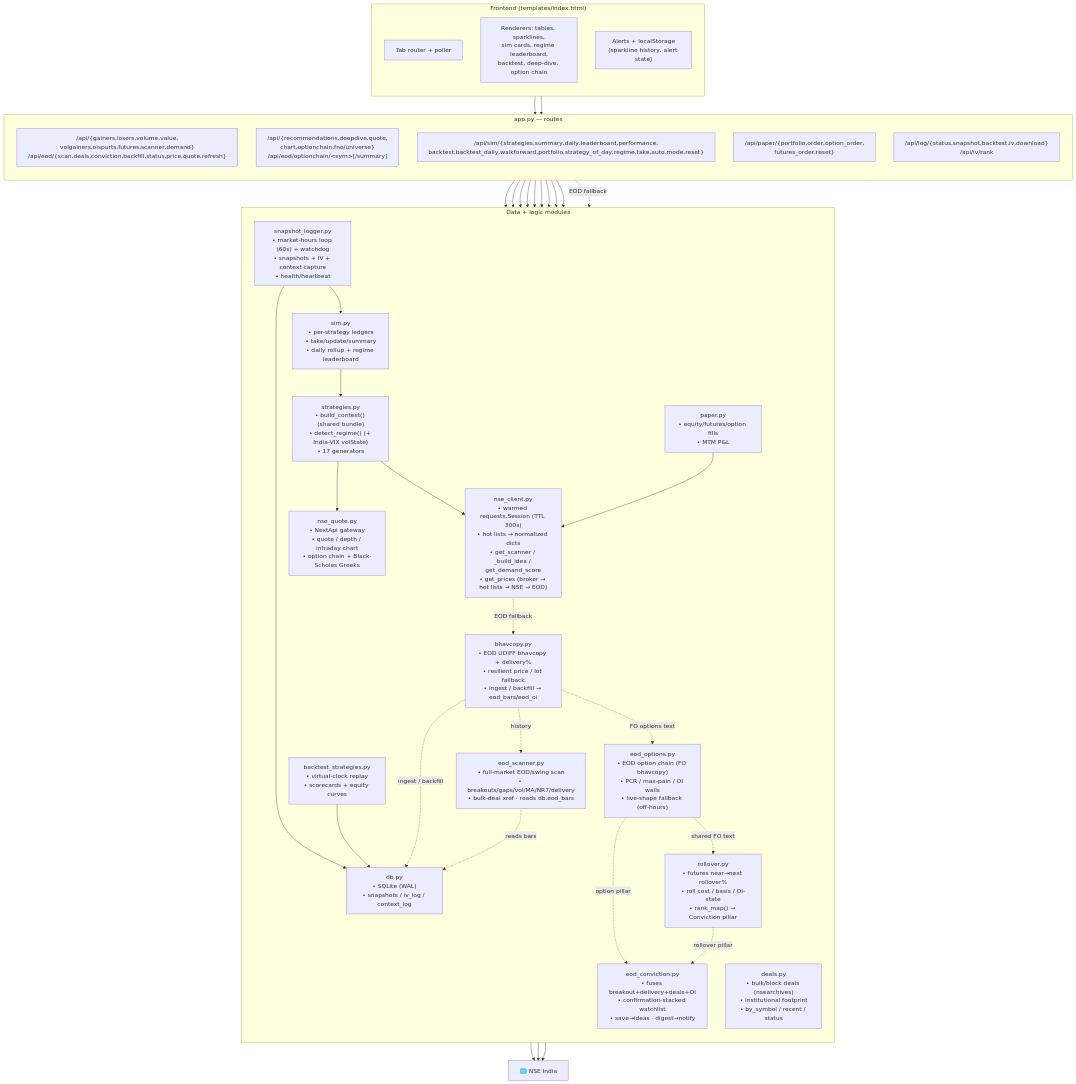
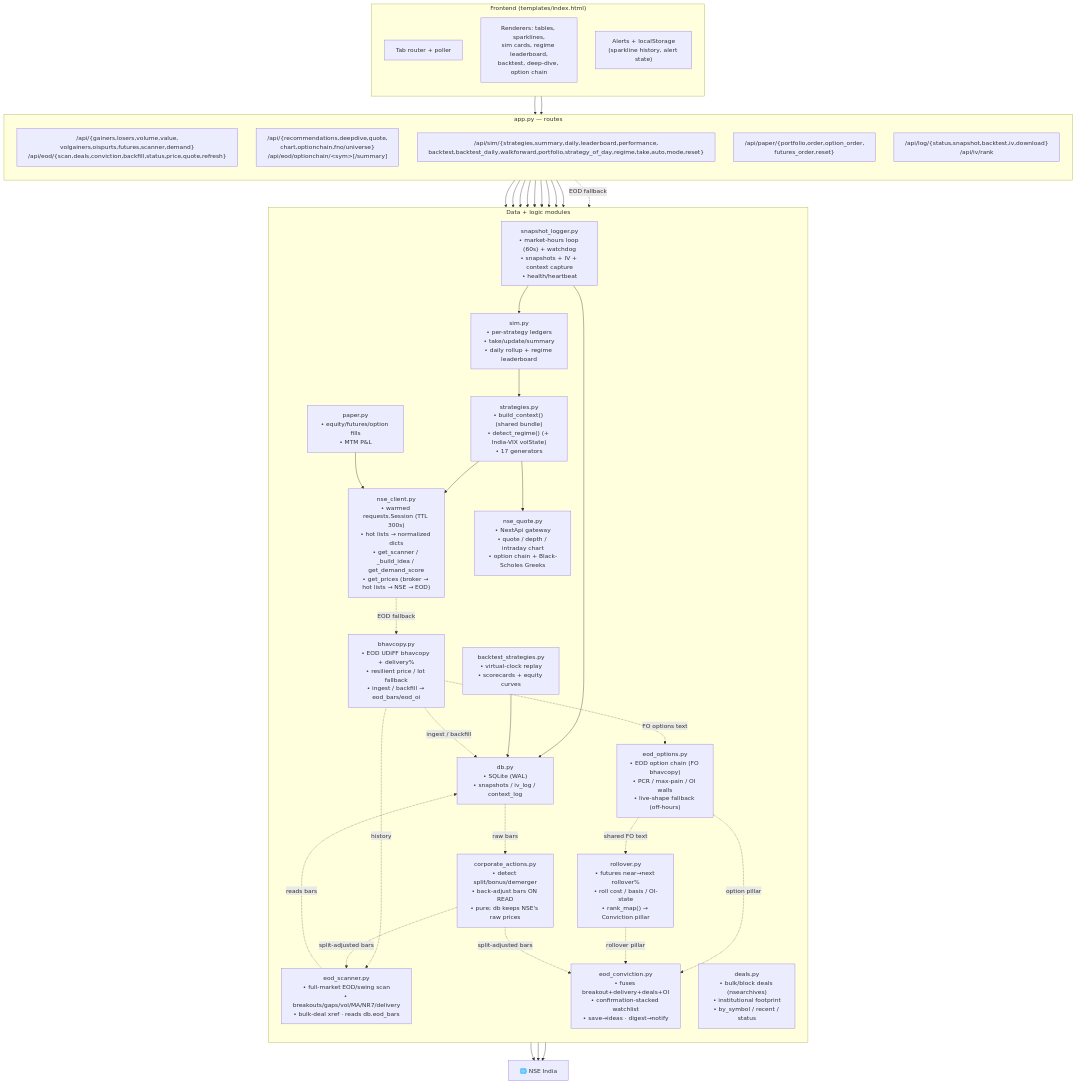
The third of 8 diagrams in README.md (aakash-jain-1/nse-market-pulse), drawn with Mermaid before and after one commit. The commit also changed other lines of this file and 8 other files, not shown here.

````diff
--- a/README.md
+++ b/README.md
@@ -261,64 +261,67 @@
 ```mermaid
 flowchart TB
     subgraph FE["Frontend (templates/index.html)"]
         direction TB
         TABS["Tab router + poller"]
         REND["Renderers: tables, sparklines,<br/>sim cards, regime leaderboard,<br/>backtest, deep-dive, option chain"]
         ALERT["Alerts + localStorage<br/>(sparkline history, alert state)"]
     end
 
     subgraph API["app.py — routes"]
         direction TB
         R1["/api/{gainers,losers,volume,value,<br/>volgainers,oispurts,futures,scanner,demand}<br/>/api/eod/{scan,deals,conviction,backfill,status,price,quote,refresh}"]
         R2["/api/{recommendations,deepdive,quote,<br/>chart,optionchain,fno/universe}<br/>/api/eod/optionchain/&lt;sym&gt;[/summary]"]
         R3["/api/sim/{strategies,summary,daily,leaderboard,performance,<br/>backtest,backtest_daily,walkforward,portfolio,strategy_of_day,regime,take,auto,mode,reset}"]
         R4["/api/paper/{portfolio,order,option_order,<br/>futures_order,reset}"]
         R5["/api/log/{status,snapshot,backtest,iv,download}<br/>/api/iv/rank"]
     end
 
     subgraph DATA["Data + logic modules"]
         direction TB
         NC["nse_client.py<br/>• warmed requests.Session (TTL 300s)<br/>• hot lists → normalized dicts<br/>• get_scanner / _build_idea / get_demand_score<br/>• get_prices (broker → hot lists → NSE → EOD)"]
         NQ["nse_quote.py<br/>• NextApi gateway<br/>• quote / depth / intraday chart<br/>• option chain + Black-Scholes Greeks"]
         BC["bhavcopy.py<br/>• EOD UDiFF bhavcopy + delivery%<br/>• resilient price / lot fallback<br/>• ingest / backfill → eod_bars/eod_oi"]
         DL["deals.py<br/>• bulk/block deals (nsearchives)<br/>• institutional footprint<br/>• by_symbol / recent / status"]
         ES["eod_scanner.py<br/>• full-market EOD/swing scan<br/>• breakouts/gaps/vol/MA/NR7/delivery<br/>• bulk-deal xref · reads db.eod_bars"]
         CV["eod_conviction.py<br/>• fuses breakout+delivery+deals+OI<br/>• confirmation-stacked watchlist<br/>• save→ideas · digest→notify"]
         EO["eod_options.py<br/>• EOD option chain (FO bhavcopy)<br/>• PCR / max-pain / OI walls<br/>• live-shape fallback (off-hours)"]
         RO["rollover.py<br/>• futures near→next rollover%<br/>• roll cost / basis / OI-state<br/>• rank_map() → Conviction pillar"]
         ST["strategies.py<br/>• build_context() (shared bundle)<br/>• detect_regime() (+ India-VIX volState)<br/>• 17 generators"]
         SM["sim.py<br/>• per-strategy ledgers<br/>• take/update/summary<br/>• daily rollup + regime leaderboard"]
         BK["backtest_strategies.py<br/>• virtual-clock replay<br/>• scorecards + equity curves"]
         PP["paper.py<br/>• equity/futures/option fills<br/>• MTM P&L"]
         SL["snapshot_logger.py<br/>• market-hours loop (60s) + watchdog<br/>• snapshots + IV + context capture<br/>• health/heartbeat"]
         DBM["db.py<br/>• SQLite (WAL)<br/>• snapshots / iv_log / context_log"]
+        CA["corporate_actions.py<br/>• detect split/bonus/demerger<br/>• back-adjust bars ON READ<br/>• pure; db keeps NSE's raw prices"]
     end
 
     NSEAPI["🌐 NSE India"]
 
     TABS --> API
     REND --> API
     R1 --> NC
     R2 --> NC & NQ
     R3 --> SM & BK & ST
     R4 --> PP
     R5 --> SL
     NC --> NSEAPI
     NQ --> NSEAPI
     ST --> NC & NQ
     SM --> ST
     SL --> SM & DBM
     BK --> DBM
     PP --> NC
     NC -.EOD fallback.-> BC
     BC --> NSEAPI
     BC -.ingest / backfill.-> DBM
     R1 --> ES
     ES -.reads bars.-> DBM
     BC -.history.-> ES
     R2 -.EOD fallback.-> EO
     BC -.FO options text.-> EO
     EO -.shared FO text.-> RO
     EO -.option pillar.-> CV
     RO -.rollover pillar.-> CV
+    DBM -.raw bars.-> CA
+    CA -.split-adjusted bars.-> ES & CV
 ```
````
